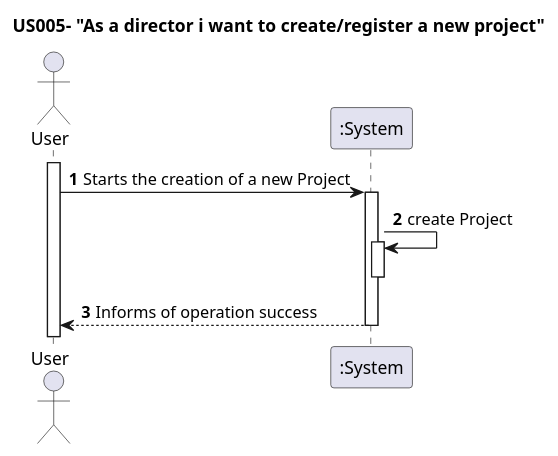
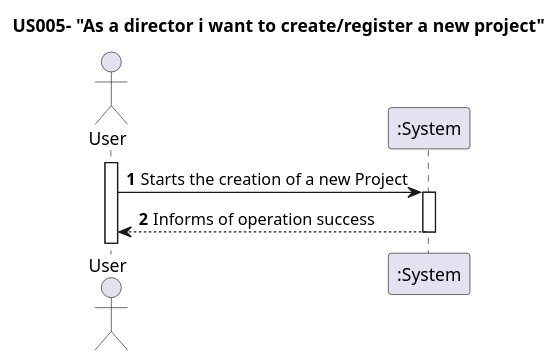
The diagram in docs/Sprint1/US005/US005-SSD.puml (nunogon1211787/projectManagement), drawn with PlantUML before and after one commit. The commit also changed 152 other files, not shown here.

```diff
--- a/docs/Sprint1/US005/US005-SSD.puml
+++ b/docs/Sprint1/US005/US005-SSD.puml
@@ -1,19 +1,17 @@
 @startuml
 'https://plantuml.com/sequence-diagram
 
 title US005- "As a director i want to create/register a new project"
 
 autoactivate on
 autonumber
 
 actor "User" as User
 participant ":System" as System
 
 activate User
 
 User -> System: Starts the creation of a new Project
-System -> System: create Project
-deactivate
 System --> User: Informs of operation success
 
 @enduml
```
